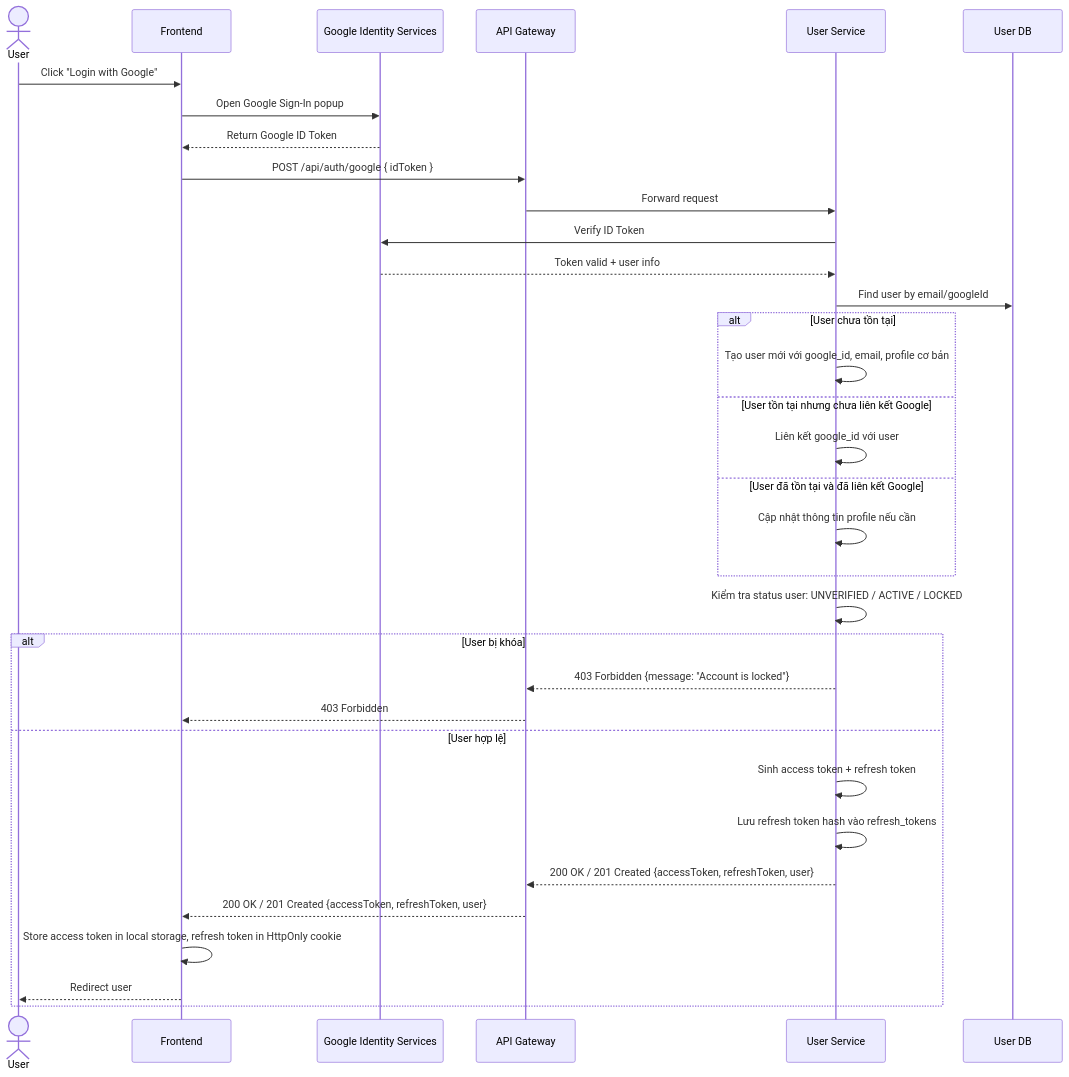
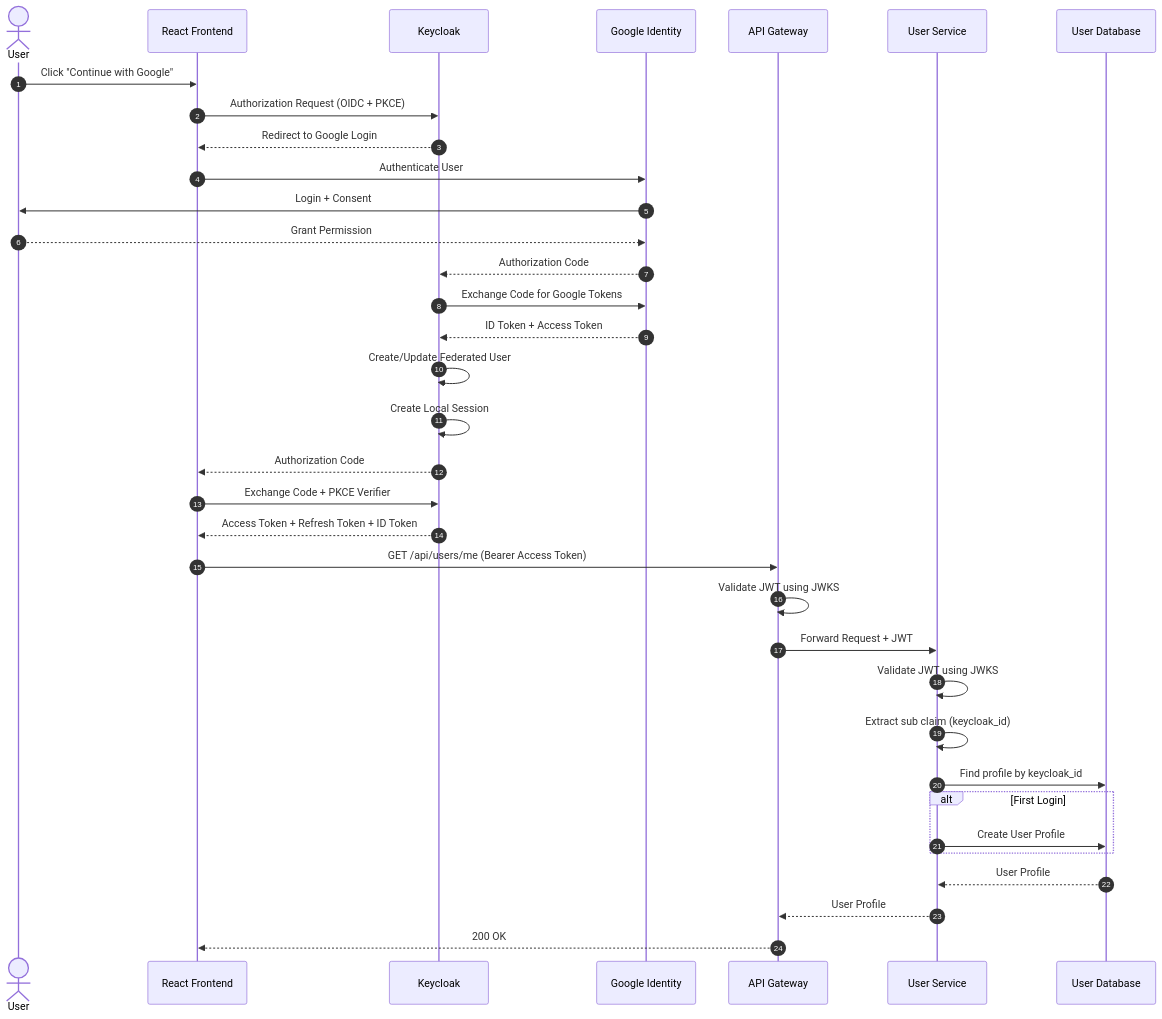
One commit to dqminh2411/hotel-booking-system changed the fourth of 6 diagrams in docs/ad_user_service.md. Above: the diagram before and after it, drawn with Mermaid. The commit also changed other lines of this file and 35 other files, not shown here.

Commit message:
feat(user-servcice):  Chỉnh sửa lại doc, User service DB, controller, service,repo phù hợp với luồng hoạt động keycloak

````diff
--- a/docs/ad_user_service.md
+++ b/docs/ad_user_service.md
@@ -310,43 +229,61 @@
 ```mermaid
 sequenceDiagram
-    actor U as User
-    participant FE as Frontend
-    participant G as Google Identity Services
-    participant GW as API Gateway
-    participant US as User Service
-    participant DB as User DB
+    autonumber
 
-    U->>FE: Click "Login with Google"
-    FE->>G: Open Google Sign-In popup
-    G-->>FE: Return Google ID Token
+    actor User
+    participant React as React Frontend
+    participant KC as Keycloak
+    participant Google as Google Identity
+    participant Gateway as API Gateway
+    participant UserService as User Service
+    participant UserDB as User Database
 
-    FE->>GW: POST /api/auth/google { idToken }
-    GW->>US: Forward request
+    User->>React: Click "Continue with Google"
 
-    US->>G: Verify ID Token
-    G-->>US: Token valid + user info
+    React->>KC: Authorization Request (OIDC + PKCE)
 
-    US->>DB: Find user by email/googleId
-    alt User chưa tồn tại
-        US->>US: Tạo user mới với google_id, email, profile cơ bản
-    else User tồn tại nhưng chưa liên kết Google
-        US->>US: Liên kết google_id với user
-    else User đã tồn tại và đã liên kết Google
-        US->>US: Cập nhật thông tin profile nếu cần
+    KC-->>React: Redirect to Google Login
+
+    React->>Google: Authenticate User
+
+    Google->>User: Login + Consent
+
+    User-->>Google: Grant Permission
+
+    Google-->>KC: Authorization Code
+
+    KC->>Google: Exchange Code for Google Tokens
+
+    Google-->>KC: ID Token + Access Token
+
+    KC->>KC: Create/Update Federated User
+    KC->>KC: Create Local Session
+
+    KC-->>React: Authorization Code
+
+    React->>KC: Exchange Code + PKCE Verifier
+
+    KC-->>React: Access Token + Refresh Token + ID Token
+
+    React->>Gateway: GET /api/users/me (Bearer Access Token)
+
+    Gateway->>Gateway: Validate JWT using JWKS
+
+    Gateway->>UserService: Forward Request + JWT
+
+    UserService->>UserService: Validate JWT using JWKS
+
+    UserService->>UserService: Extract sub claim (keycloak_id)
+
+    UserService->>UserDB: Find profile by keycloak_id
+
+    alt First Login
+        UserService->>UserDB: Create User Profile
     end
 
-    US->>US: Kiểm tra status user: UNVERIFIED / ACTIVE / LOCKED
+    UserDB-->>UserService: User Profile
 
-    alt User bị khóa
-        US-->>GW: 403 Forbidden {message: "Account is locked"}
-        GW-->>FE: 403 Forbidden
-    else User hợp lệ
-        US->>US: Sinh access token + refresh token
-        US->>US: Lưu refresh token hash vào refresh_tokens
-        US-->>GW: 200 OK / 201 Created {accessToken, refreshToken, user}
-        GW-->>FE: 200 OK / 201 Created {accessToken, refreshToken, user}
-        FE->>FE: Store access token in local storage, refresh token in HttpOnly cookie
-        FE-->>U: Redirect user
-    end
-    
+    UserService-->>Gateway: User Profile
+
+    Gateway-->>React: 200 OK
 ```
````
